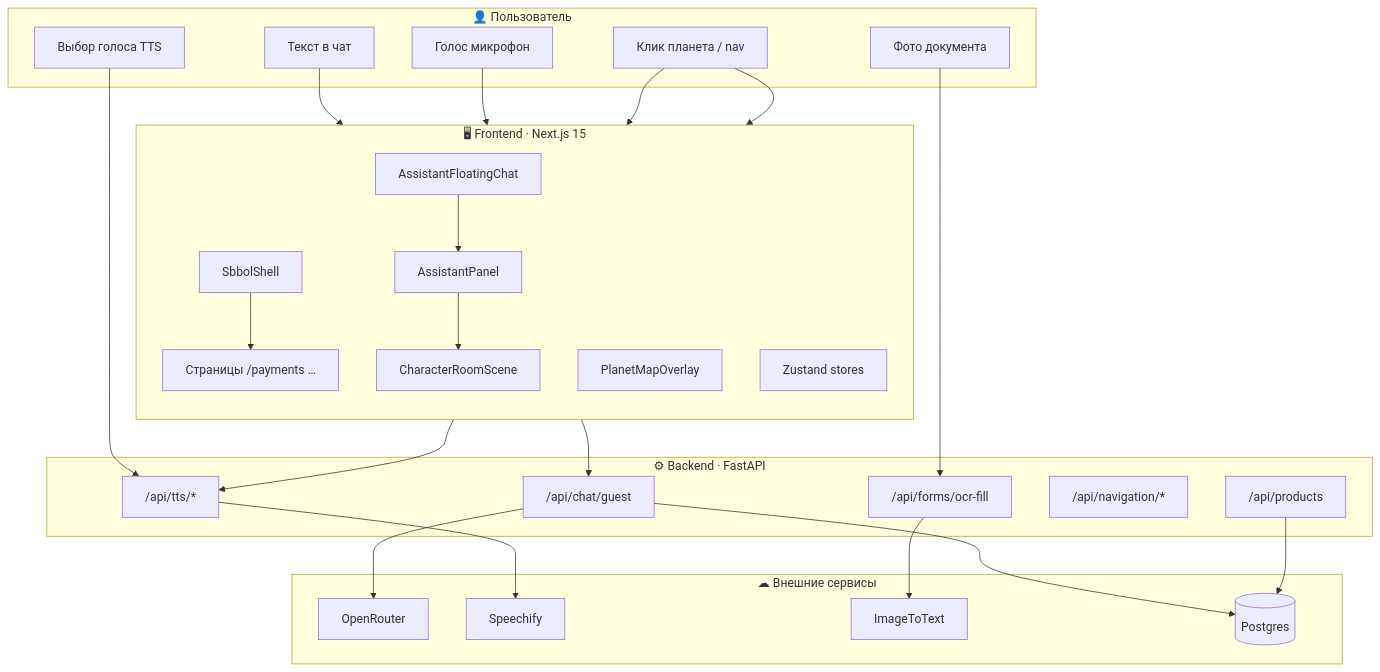
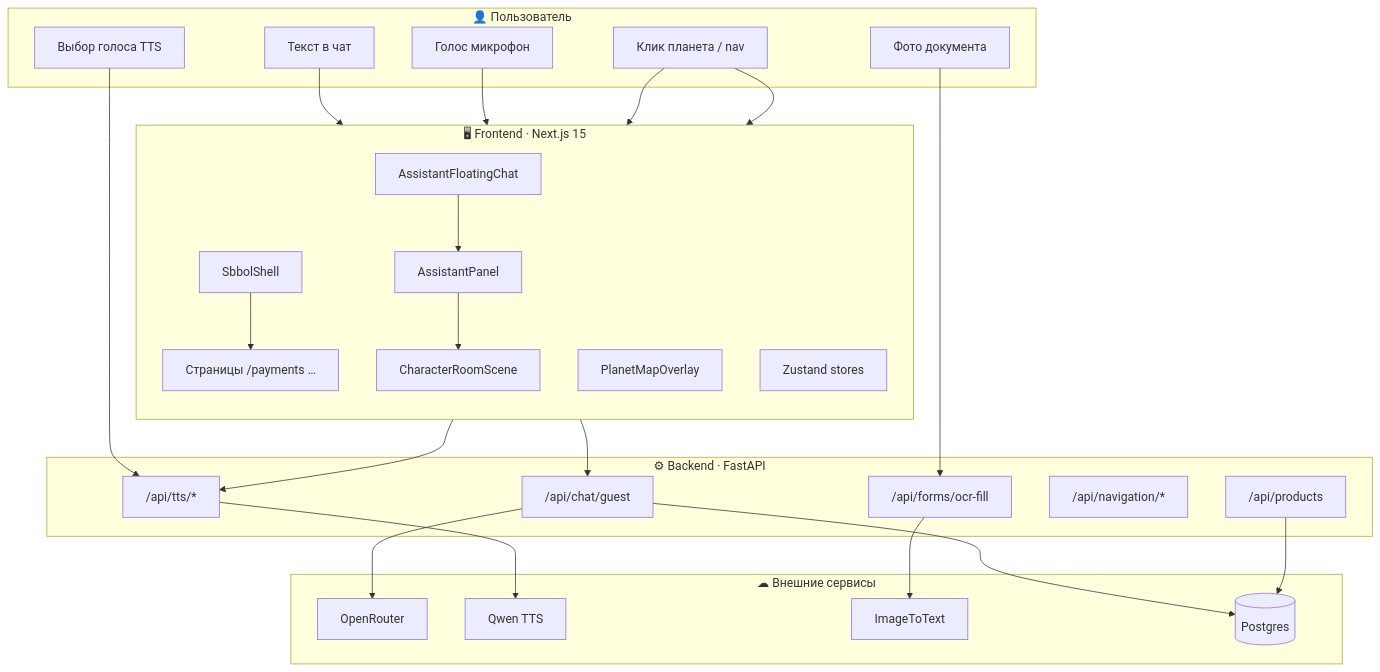
The second of 13 diagrams in docs/FEATURE_MAP.md (grrraaaa/mvp), drawn with Mermaid before and after one commit. The commit also changed other lines of this file and 56 other files, not shown here.

````diff
--- a/docs/FEATURE_MAP.md
+++ b/docs/FEATURE_MAP.md
@@ -55,51 +55,51 @@
 ```mermaid
 flowchart TB
     subgraph USER["👤 Пользователь"]
         U1[Текст в чат]
         U2[Голос микрофон]
         U3[Фото документа]
         U4[Клик планета / nav]
         U5[Выбор голоса TTS]
     end
 
     subgraph FE["🖥 Frontend · Next.js 15"]
         direction TB
         SHELL[SbbolShell]
         PAGES[Страницы /payments …]
         CHAT[AssistantFloatingChat]
         PANEL[AssistantPanel]
         MAP[PlanetMapOverlay]
         CHAR[CharacterRoomScene]
         STORES[Zustand stores]
         SHELL --> PAGES
         CHAT --> PANEL --> CHAR
     end
 
     subgraph BE["⚙ Backend · FastAPI"]
         CHAT_API["/api/chat/guest"]
         TTS_API["/api/tts/*"]
         OCR_API["/api/forms/ocr-fill"]
         NAV_API["/api/navigation/*"]
         PROD_API["/api/products"]
     end
 
     subgraph EXT["☁ Внешние сервисы"]
         OR[OpenRouter]
-        SP[Speechify]
+        QW[Qwen TTS]
         OCR[ImageToText]
         DB[(Postgres)]
     end
 
     U1 & U2 --> CHAT
     U3 --> OCR_API
     U4 --> MAP & SHELL
     U5 --> TTS_API
 
     CHAT --> CHAT_API
     PANEL --> TTS_API
     CHAT_API --> OR
-    TTS_API --> SP
+    TTS_API --> QW
     OCR_API --> OCR
     CHAT_API --> DB
     PROD_API --> DB
 ```
````
